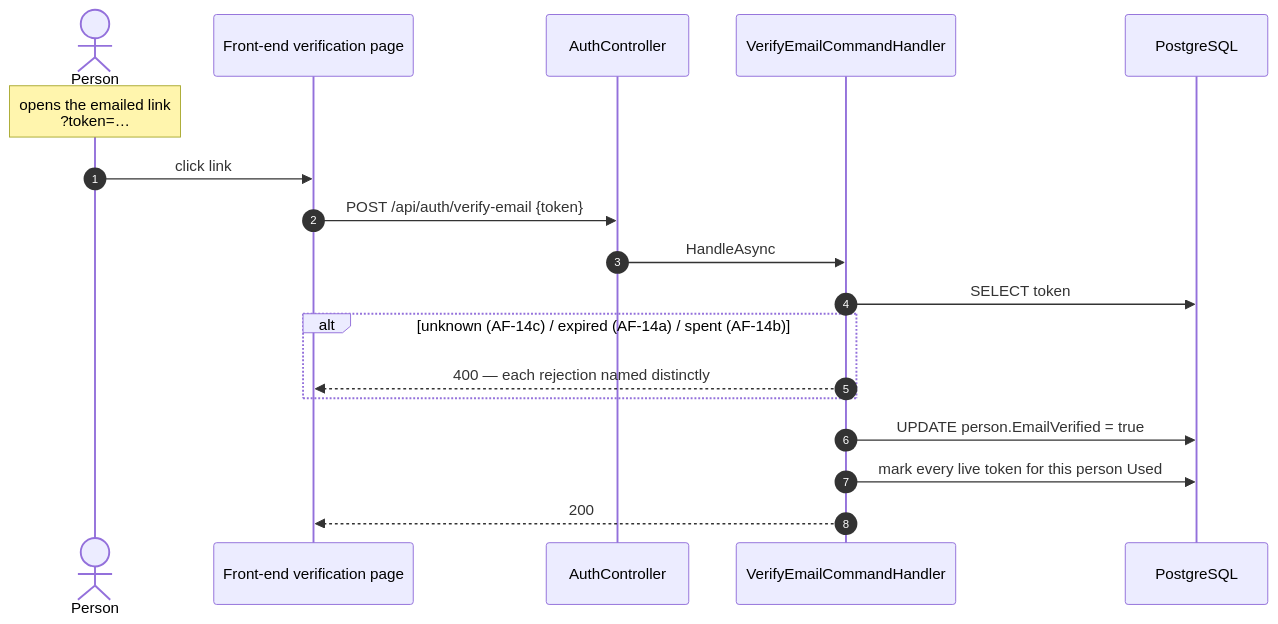
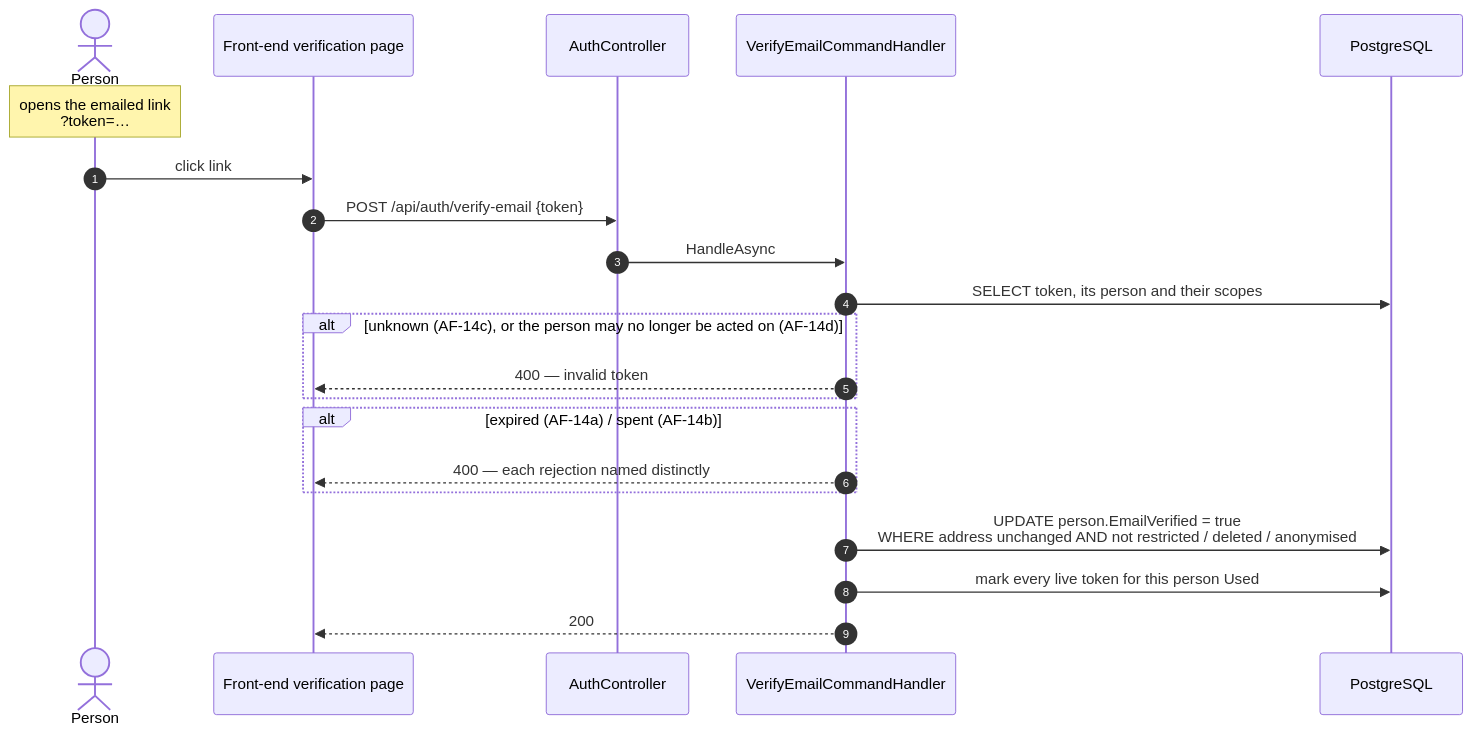
Before and after one commit to artur-rios/heimdall-api: the second of 3 diagrams in docs/content/en/docs/flows/person-onboarding.md, drawn with Mermaid. The commit also changed other lines of this file and 14 other files, not shown here.

````diff
--- a/docs/content/en/docs/flows/person-onboarding.md
+++ b/docs/content/en/docs/flows/person-onboarding.md
@@ -59,21 +59,24 @@
 ```mermaid
 sequenceDiagram
     autonumber
     actor P as Person
     participant FE as Front-end verification page
     participant AC as AuthController
     participant H as VerifyEmailCommandHandler
     participant DB as PostgreSQL
 
     Note over P: opens the emailed link<br/>?token=…
     P->>FE: click link
     FE->>AC: POST /api/auth/verify-email {token}
     AC->>H: HandleAsync
-    H->>DB: SELECT token
-    alt unknown (AF-14c) / expired (AF-14a) / spent (AF-14b)
+    H->>DB: SELECT token, its person and their scopes
+    alt unknown (AF-14c), or the person may no longer be acted on (AF-14d)
+        H-->>FE: 400 — invalid token
+    end
+    alt expired (AF-14a) / spent (AF-14b)
         H-->>FE: 400 — each rejection named distinctly
     end
-    H->>DB: UPDATE person.EmailVerified = true
+    H->>DB: UPDATE person.EmailVerified = true<br/>WHERE address unchanged AND not restricted / deleted / anonymised
     H->>DB: mark every live token for this person Used
     H-->>FE: 200
 ```
````
